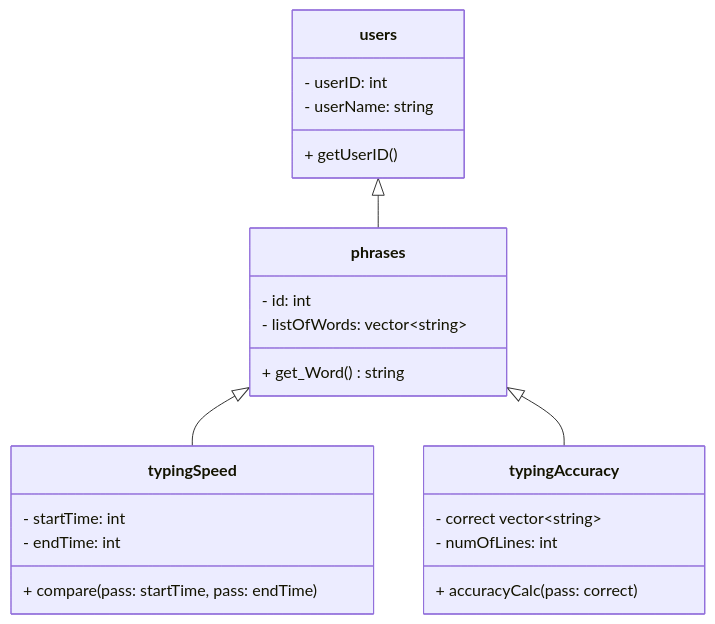
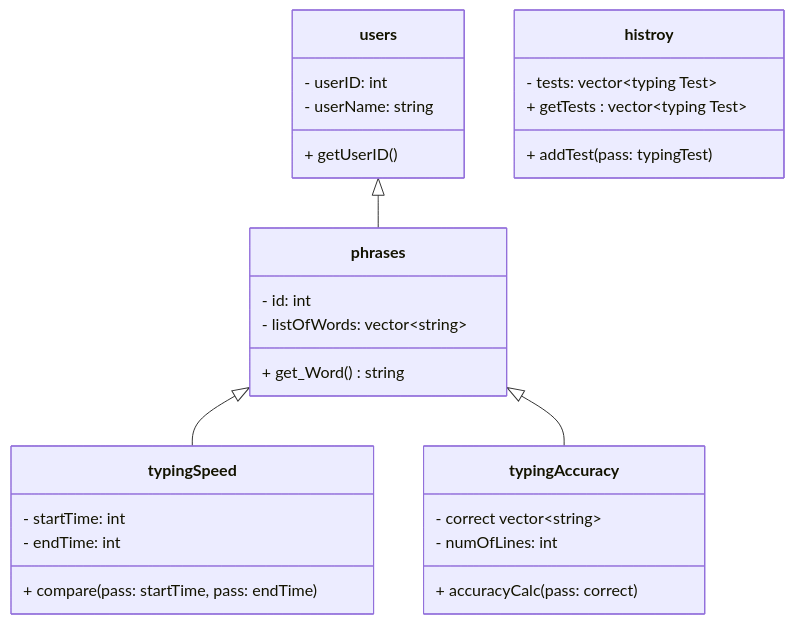
Before and after one commit to oerivas-star/tippitytappity-design: the diagram in README.md, drawn with Mermaid.

````diff
--- a/README.md
+++ b/README.md
@@ -8,26 +8,31 @@
 ```mermaid
 classDiagram
   phrases <|-- typingSpeed
   phrases <|-- typingAccuracy
   users <|-- phrases
   class phrases{
         - id: int
         - listOfWords: vector~string~
         + get_Word() string
   }
   class typingSpeed{
         - startTime: int
         - endTime: int
         + compare(pass: startTime, pass: endTime)
   }
   class typingAccuracy{
         - correct vector~string~
         - numOfLines: int
         + accuracyCalc( pass: correct )
   }
   class users{
         - userID: int
         - userName: string
         + getUserID()
   }
+  class histroy{
+        - tests: vector~typing Test~
+        + addTest(pass: typingTest)
+        + getTests : vector~typing Test~
+  }
 ```
````
